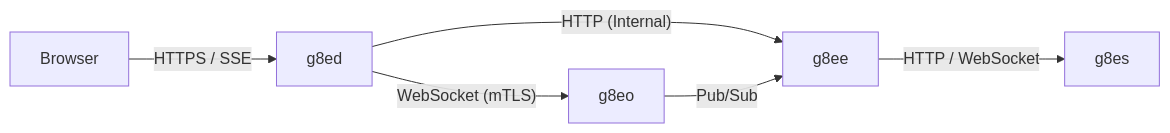
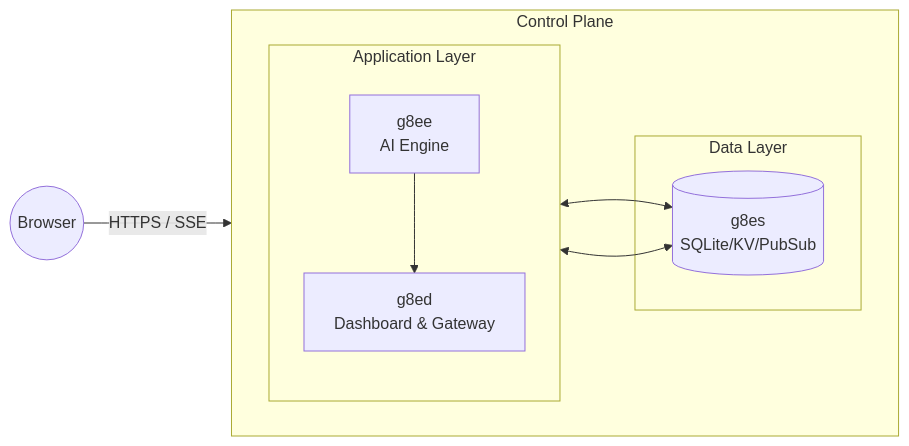
The first of 2 diagrams in docs/components/g8ee.md (g8e-ai/g8e), drawn with Mermaid before and after one commit. The commit also changed 3 other files, not shown here.

````diff
--- a/docs/components/g8ee.md
+++ b/docs/components/g8ee.md
@@ -36,8 +36,19 @@
 ```mermaid
-graph LR
-    Browser -- "HTTPS / SSE" --> g8ed
-    g8ed -- "HTTP (Internal)" --> g8ee
-    g8ee -- "HTTP / WebSocket" --> g8es
-    g8ed -- "WebSocket (mTLS)" --> g8eo
-    g8eo -- "Pub/Sub" --> g8ee
+flowchart LR
+    subgraph Hub ["Control Plane"]
+        direction LR
+        subgraph App ["Application Layer"]
+            direction TB
+            g8ed["g8ed<br/>Dashboard & Gateway"]
+            g8ee["g8ee<br/>AI Engine"]
+            g8ee --> g8ed
+        end
+        subgraph Data ["Data Layer"]
+            g8es[("g8es<br/>SQLite/KV/PubSub")]
+        end
+        g8ed <--> g8es
+        g8ee <--> g8es
+    end
+
+    Browser((Browser)) -- "HTTPS / SSE" --> g8ed
 ```
````
